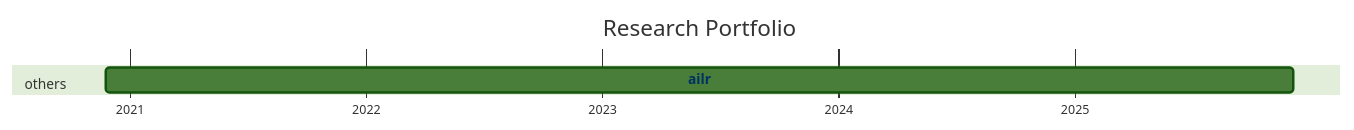
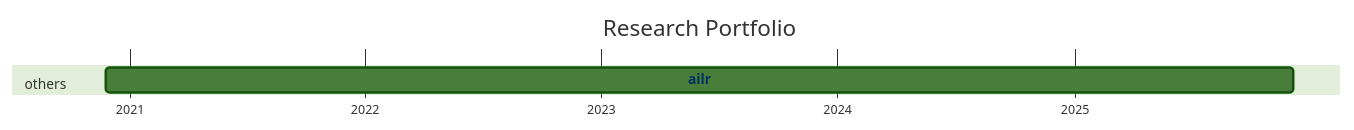
Before and after one commit to digital-work-lab/handbook: the diagram in docs/20-research/25-projects-gantt.md, drawn with Mermaid (forest theme). The commit also changed 1 other file, not shown here.

Commit message:
Update repository overview

````diff
--- a/docs/20-research/25-projects-gantt.md
+++ b/docs/20-research/25-projects-gantt.md
@@ -8,21 +8,21 @@
 ```mermaid
 ---
 displayMode: compact
 ---
 gantt
 title Research Portfolio
 dateFormat YYYY-MM-DD
 axisFormat %Y
 
     section work_practices
 
     section distributed_organizing
 
     section knowledge_synthesis
 
     section others
-        ailr :ailr, 2020-11-26, 2025-12-05
+        ailr :ailr, 2020-11-26, 2025-12-06
 
 
     click ailr href "{{ site.baseurl }}/docs/10-lab/18-resources/ailr.html"
 ```
````
